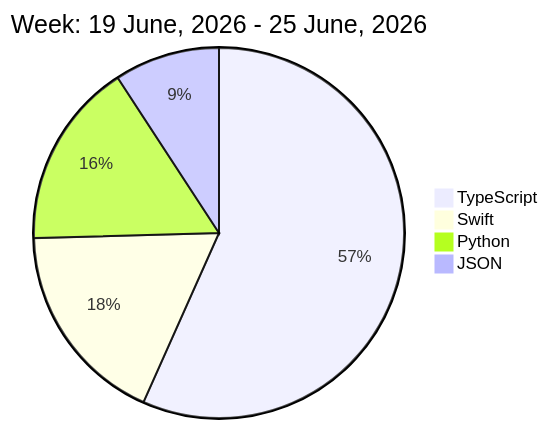
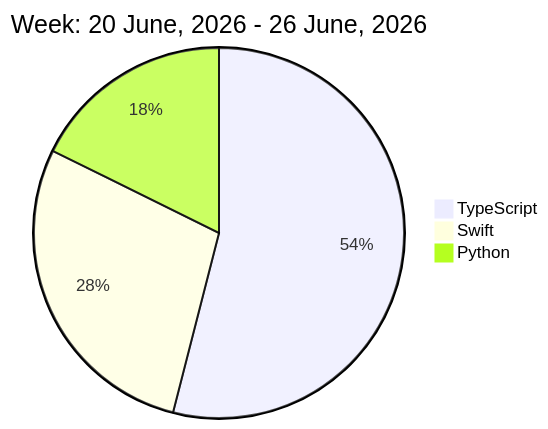
Before and after one commit to liubin95/liubin95: the diagram in README.md, drawn with Mermaid.

Commit message:
Updated the Graph with new Metrics

````diff
--- a/README.md
+++ b/README.md
@@ -32,8 +32,7 @@
 ```mermaid
  pie
-title Week: 19 June, 2026 - 25 June, 2026
+title Week: 20 June, 2026 - 26 June, 2026
  "TypeScript" : 9.67
- "Swift" : 3.05
- "Python" : 2.77
- "JSON" : 1.57
+ "Swift" : 5.07
+ "Python" : 3.17
 ```
````
